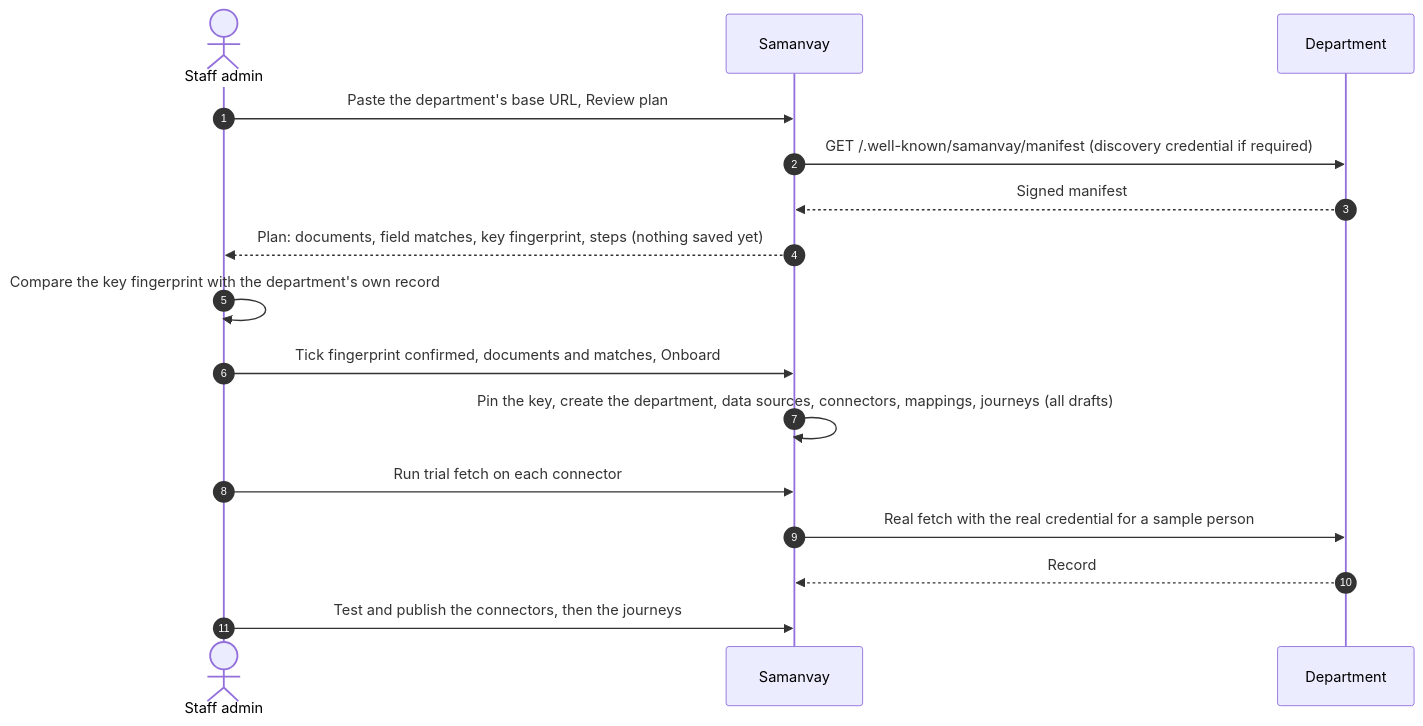
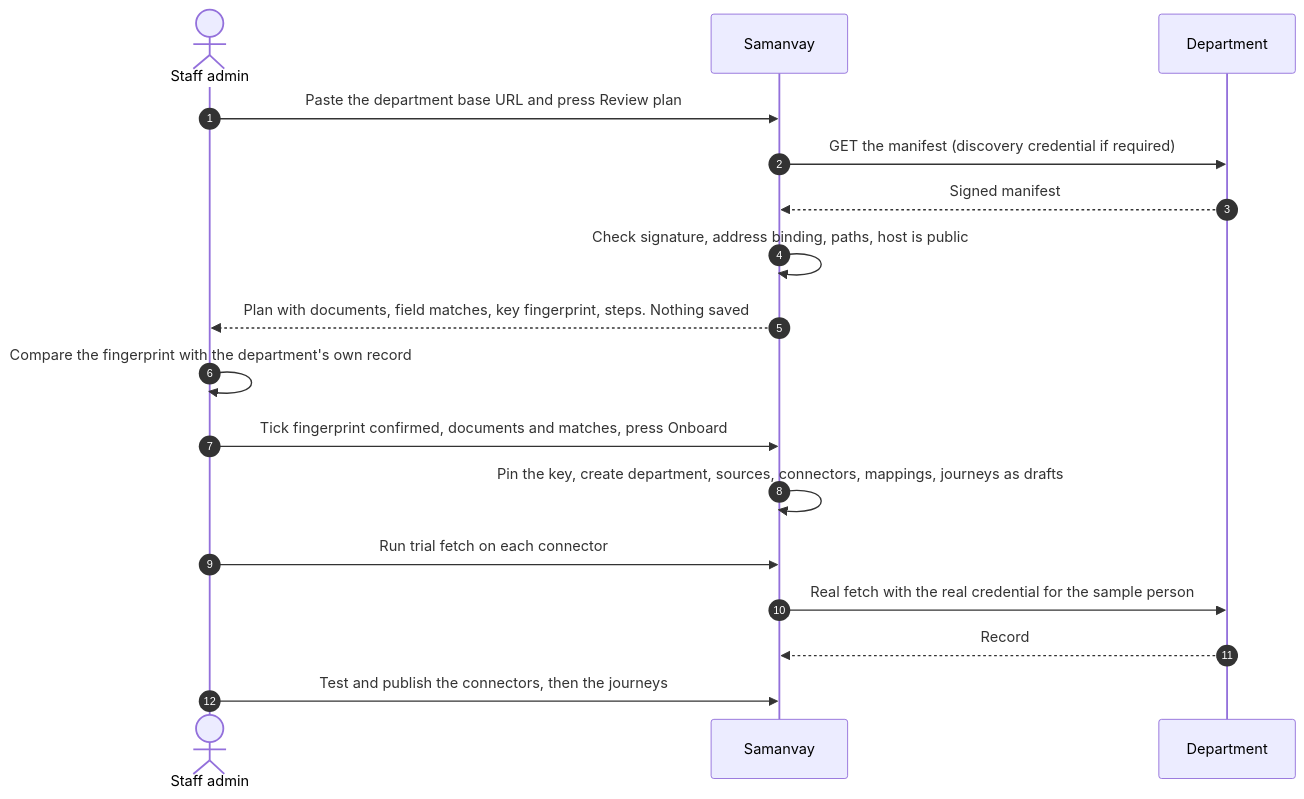
One commit to himanshu2394i/samanvay changed the fifth of 6 diagrams in README.md. Above: the diagram before and after it, drawn with Mermaid. The commit also changed other lines of this file, not shown here.

Commit message:
README: focus on department portal assumptions, protocol security, citizen linking, onboarding, journeys dashboard and edges handled

````diff
--- a/README.md
+++ b/README.md
@@ -275,18 +257,19 @@
 ```mermaid
 sequenceDiagram
   autonumber
   actor Admin as Staff admin
   participant S as Samanvay
   participant D as Department
-  Admin->>S: Paste the department's base URL, Review plan
-  S->>D: GET /.well-known/samanvay/manifest (discovery credential if required)
+  Admin->>S: Paste the department base URL and press Review plan
+  S->>D: GET the manifest (discovery credential if required)
   D-->>S: Signed manifest
-  S-->>Admin: Plan: documents, field matches, key fingerprint, steps (nothing saved yet)
-  Admin->>Admin: Compare the key fingerprint with the department's own record
-  Admin->>S: Tick fingerprint confirmed, documents and matches, Onboard
-  S->>S: Pin the key, create the department, data sources, connectors, mappings, journeys (all drafts)
+  S->>S: Check signature, address binding, paths, host is public
+  S-->>Admin: Plan with documents, field matches, key fingerprint, steps. Nothing saved
+  Admin->>Admin: Compare the fingerprint with the department's own record
+  Admin->>S: Tick fingerprint confirmed, documents and matches, press Onboard
+  S->>S: Pin the key, create department, sources, connectors, mappings, journeys as drafts
   Admin->>S: Run trial fetch on each connector
-  S->>D: Real fetch with the real credential for a sample person
+  S->>D: Real fetch with the real credential for the sample person
   D-->>S: Record
   Admin->>S: Test and publish the connectors, then the journeys
 ```
````
